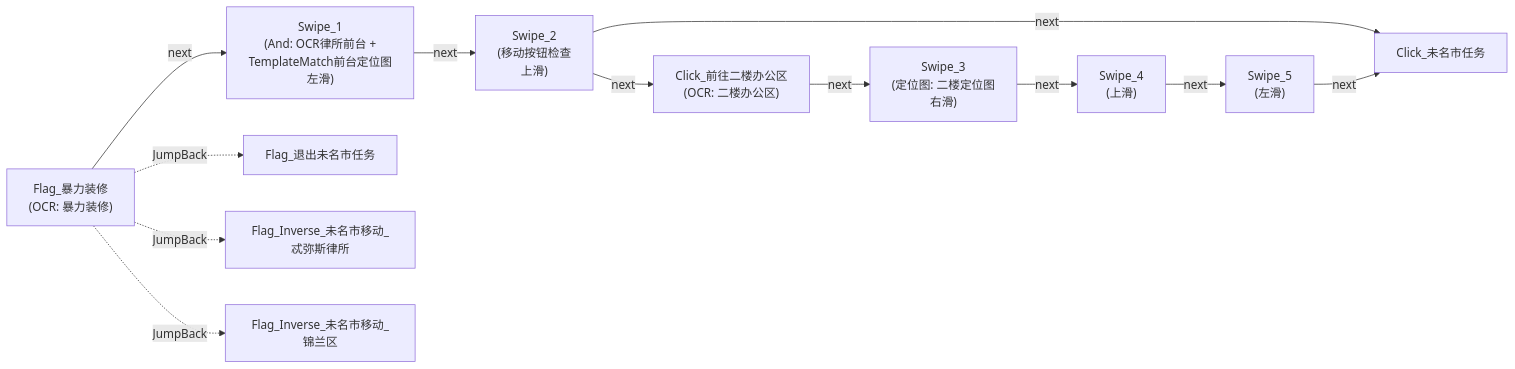
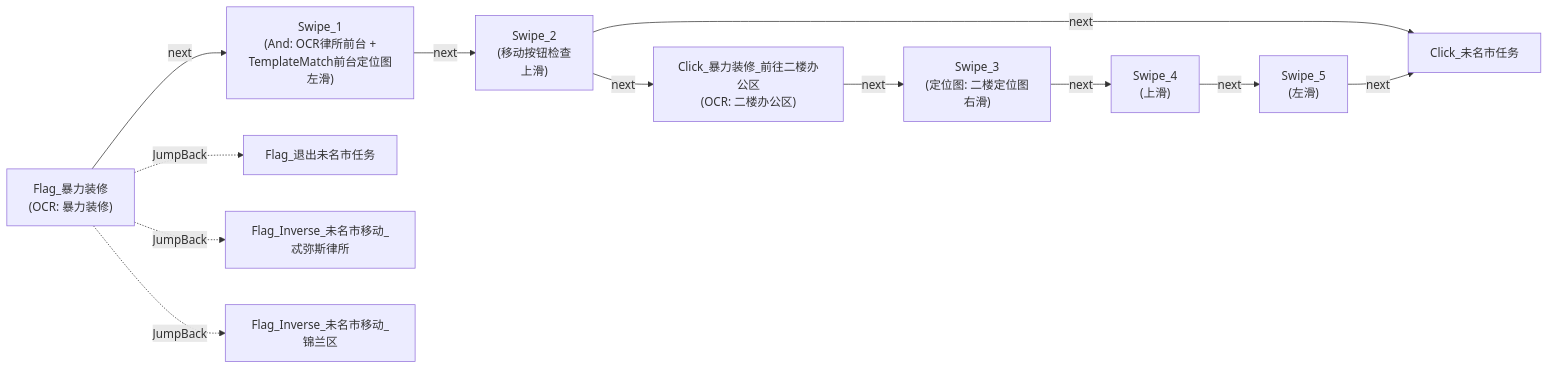
Before and after one commit to Coxwtwo/MaaTOT: diagram 37 of 44 in docs/zh_cn/develop/Pipeline说明.md, drawn with Mermaid. The commit also changed other lines of this file, not shown here.

````diff
--- a/docs/zh_cn/develop/Pipeline说明.md
+++ b/docs/zh_cn/develop/Pipeline说明.md
@@ -1060,16 +1070,16 @@
 ```mermaid
 flowchart LR
     f1["Flag_暴力装修<br>(OCR: 暴力装修)"] -->|next| s1["Swipe_1<br>(And: OCR律所前台 +<br>TemplateMatch前台定位图<br>左滑)"]
     f1 -.->|JumpBack| f_exit["Flag_退出未名市任务"]
     f1 -.->|JumpBack| f_inv1["Flag_Inverse_未名市移动_忒弥斯律所"]
     f1 -.->|JumpBack| f_inv2["Flag_Inverse_未名市移动_锦兰区"]
 
     s1 -->|next| s2["Swipe_2<br>(移动按钮检查<br>上滑)"]
-    s2 -->|next| s2b["Click_前往二楼办公区<br>(OCR: 二楼办公区)"]
+    s2 -->|next| s2b["Click_暴力装修_前往二楼办公区<br>(OCR: 二楼办公区)"]
     s2 -->|next| s_done["Click_未名市任务"]
 
     s2b -->|next| s3["Swipe_3<br>(定位图: 二楼定位图<br>右滑)"]
     s3 -->|next| s4["Swipe_4<br>(上滑)"]
     s4 -->|next| s5["Swipe_5<br>(左滑)"]
     s5 -->|next| s_done
 ```
````
